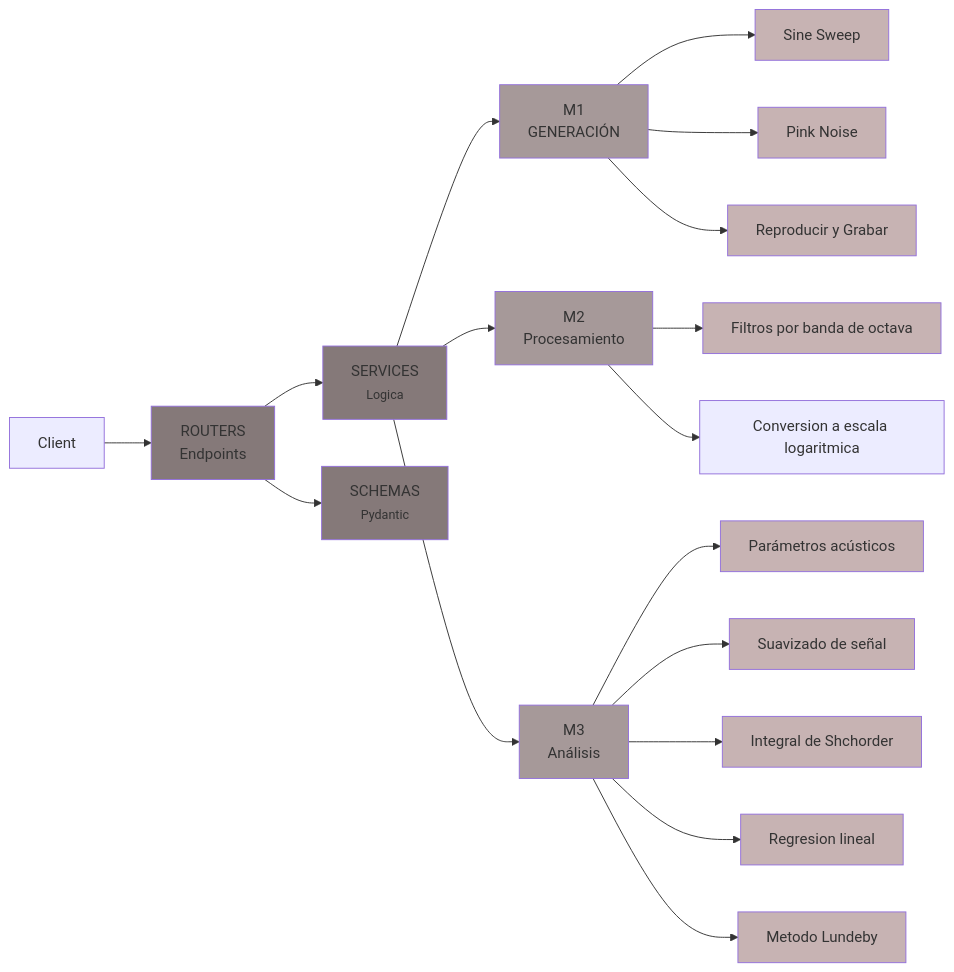
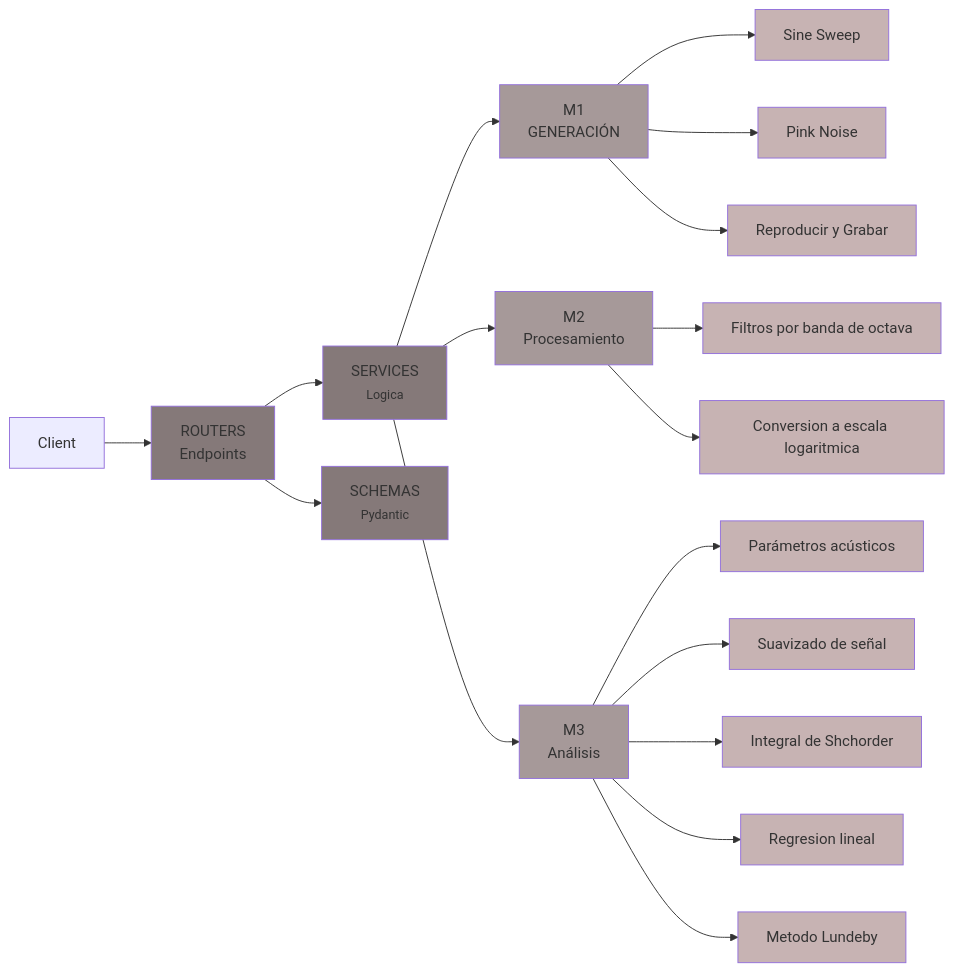
The diagram in README.md (valentinadepiero/trabajo-practico-ss), drawn with Mermaid before and after one commit.

Commit message:
Update README.md with project details and instructions

````diff
--- a/README.md
+++ b/README.md
@@ -59,37 +59,38 @@
 ```mermaid
 graph LR
 Client --> R[ROUTERS<br>Endpoints]
 R --> S[SERVICES<br><small>Logica</small>]
 S --> Gen[M1<br>GENERACIÓN]
 Gen --> SS[Sine Sweep]
 Gen --> PN[Pink Noise]
 Gen --> Rec[Reproducir y Grabar]
 S --> Proc[M2<br>Procesamiento]
 Proc --> F[Filtros por banda de octava]
 Proc --> Con[Conversion a escala logaritmica]
 S --> An[M3<br>Análisis]
 An --> Par[Parámetros acústicos]
 An -->Sua[Suavizado de señal]
 An -->InS[Integral de Shchorder]
 An -->Reg[Regresion lineal]
 An -->Mlun[Metodo Lundeby]
 R --> Sch[SCHEMAS<br><small>Pydantic</small>]
 
 style S fill: #857979
 style Sch fill: #857979
 style R fill: #857979
 style Gen fill: #a69999
 style Proc fill: #a69999
 style An fill: #a69999
 style Par fill: #turquoise
 style SS fill: #C7B3B3
 style PN fill: #C7B3B3
 style Rec fill: #C7B3B3
 style F fill: #C7B3B3
 style Par fill: #C7B3B3
 style Sua fill: #C7B3B3
 style InS fill: #C7B3B3
 style Reg fill: #C7B3B3
 style Mlun fill: #C7B3B3
+style Con fill: #C7B3B3
 
 ```
````
